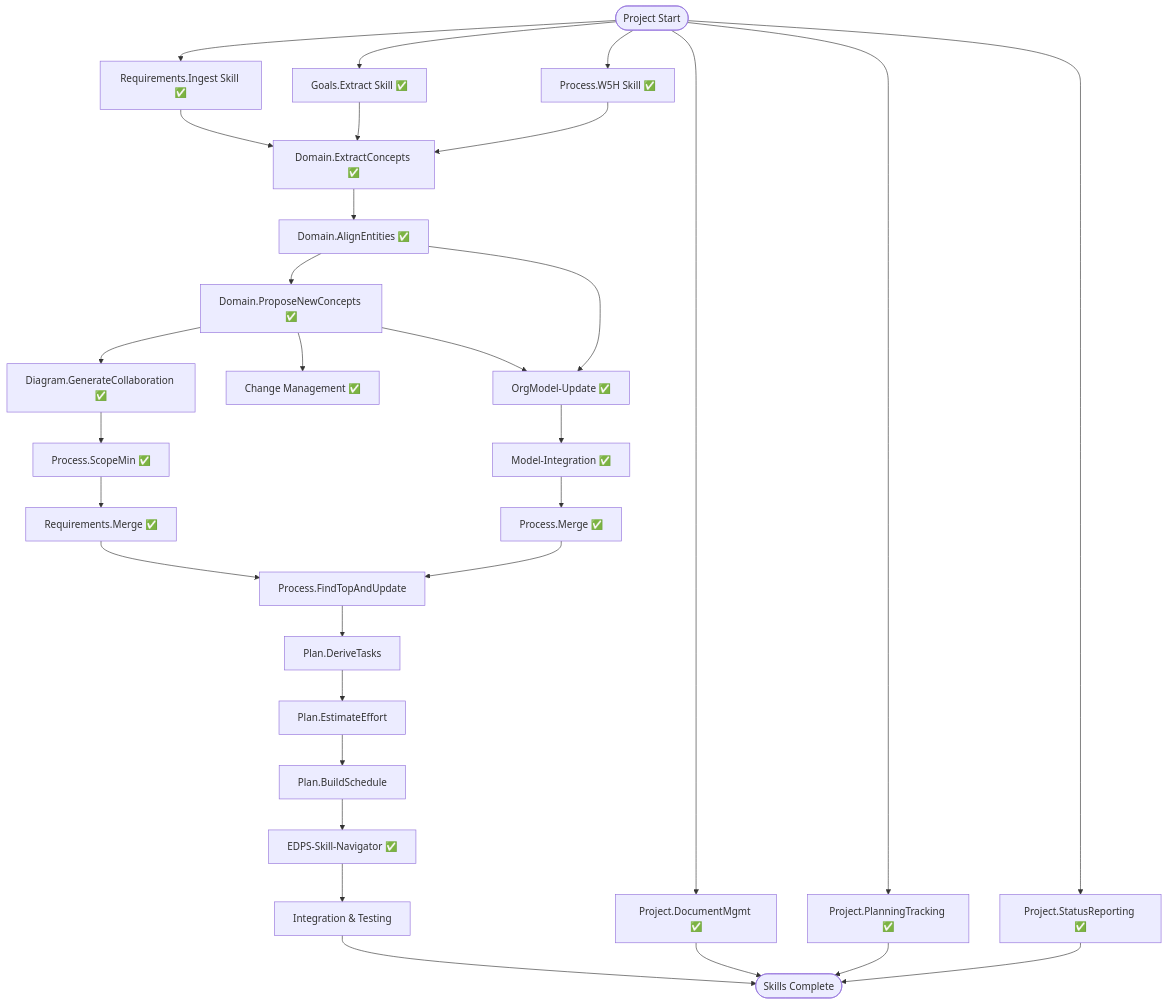
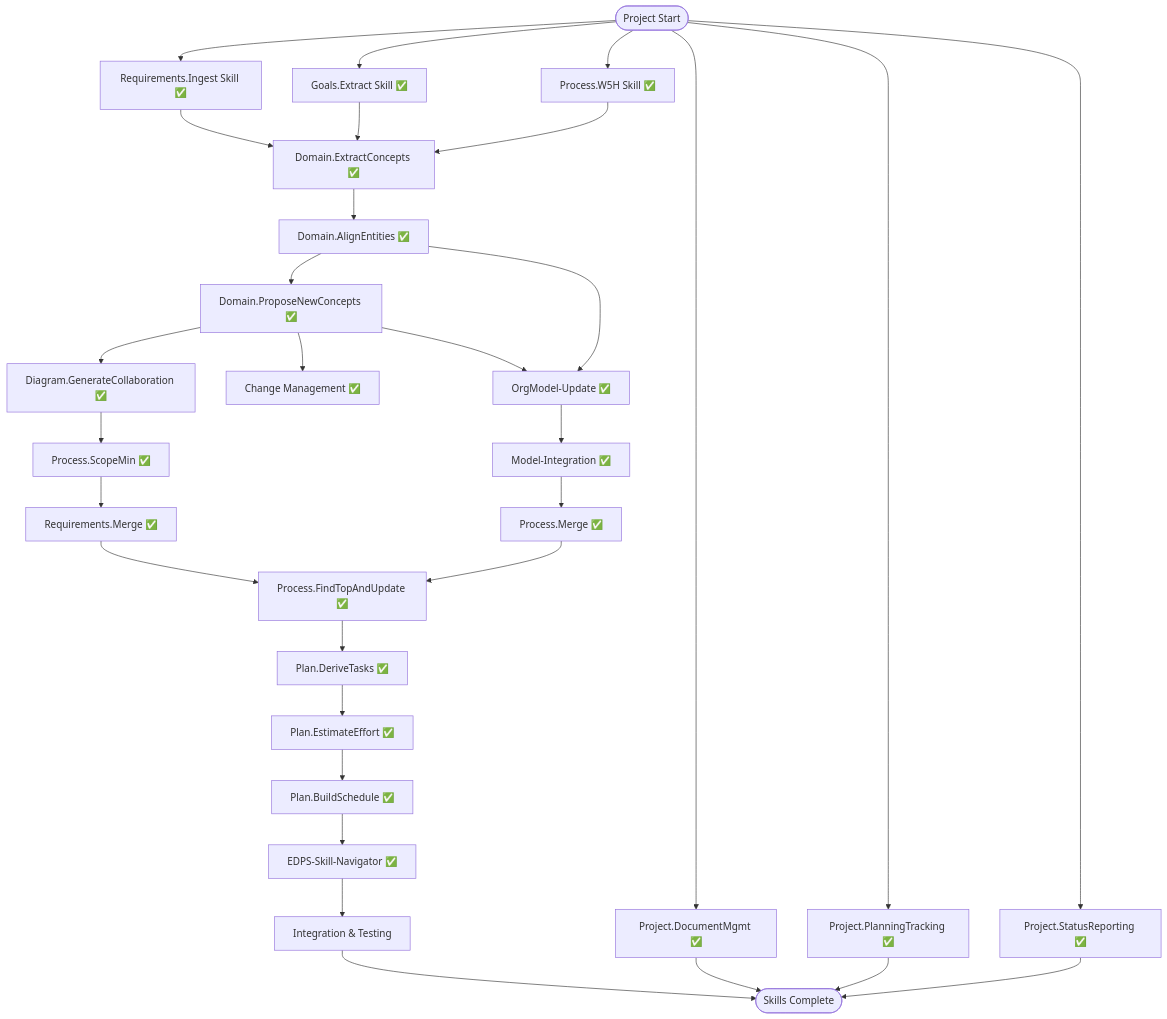
Before and after one commit to zhongadamwang/AI_Slowcooker: the diagram in OrgDocument/projects/01 - Building Skills/project-plan.md, drawn with Mermaid. The commit also changed other lines of this file and 5 other files, not shown here.

````diff
--- a/OrgDocument/projects/01 - Building Skills/project-plan.md
+++ b/OrgDocument/projects/01 - Building Skills/project-plan.md
@@ -55,33 +55,33 @@
 ```mermaid
 graph TD
     Start([Project Start]) --> T2[Requirements.Ingest Skill ✅]
     Start --> T3[Goals.Extract Skill ✅]
     Start --> T4[Process.W5H Skill ✅]
     T2 --> T5[Domain.ExtractConcepts ✅]
     T3 --> T5
     T4 --> T5
     T5 --> T6[Domain.AlignEntities ✅]
     T6 --> T7[Domain.ProposeNewConcepts ✅]
     T7 --> T8[Diagram.GenerateCollaboration ✅]
     T8 --> T9[Process.ScopeMin ✅]
     T7 --> T16[Change Management ✅]
     T9 --> T10R[Requirements.Merge ✅]
-    T10R --> T11[Process.FindTopAndUpdate]
+    T10R --> T11[Process.FindTopAndUpdate ✅]
     T6 --> T17[OrgModel-Update ✅]
     T7 --> T17
     T17 --> T18[Model-Integration ✅]
     T18 --> T10N[Process.Merge ✅]
     T10N --> T11
-    T11 --> T12[Plan.DeriveTasks]
-    T12 --> T13[Plan.EstimateEffort]
-    T13 --> T14[Plan.BuildSchedule]
+    T11 --> T12[Plan.DeriveTasks ✅]
+    T12 --> T13[Plan.EstimateEffort ✅]
+    T13 --> T14[Plan.BuildSchedule ✅]
     T14 --> T19[EDPS-Skill-Navigator ✅]
     T19 --> T15[Integration & Testing]
     T15 --> End([Skills Complete])
     Start --> P1[Project.DocumentMgmt ✅]
     Start --> P2[Project.PlanningTracking ✅]
     Start --> P3[Project.StatusReporting ✅]
     P1 --> End
     P2 --> End  
     P3 --> End
 ```
````
